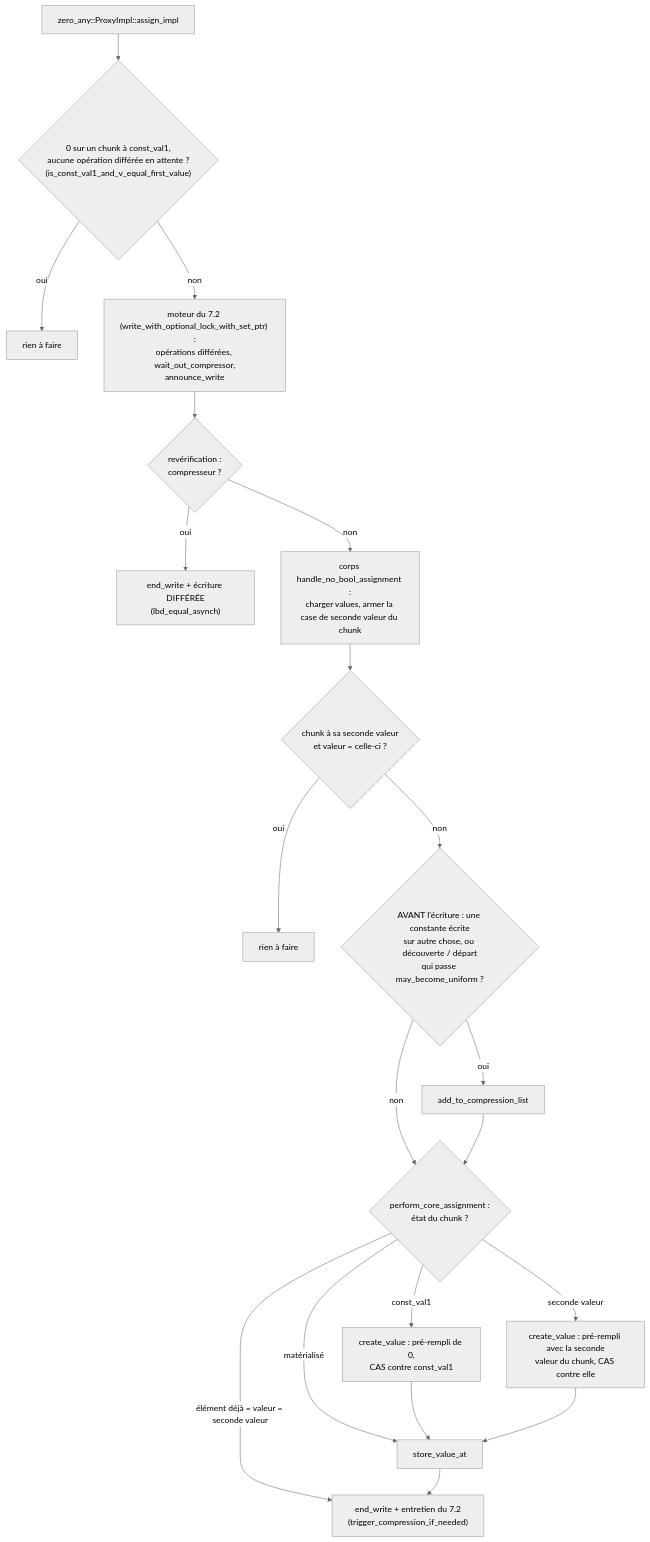
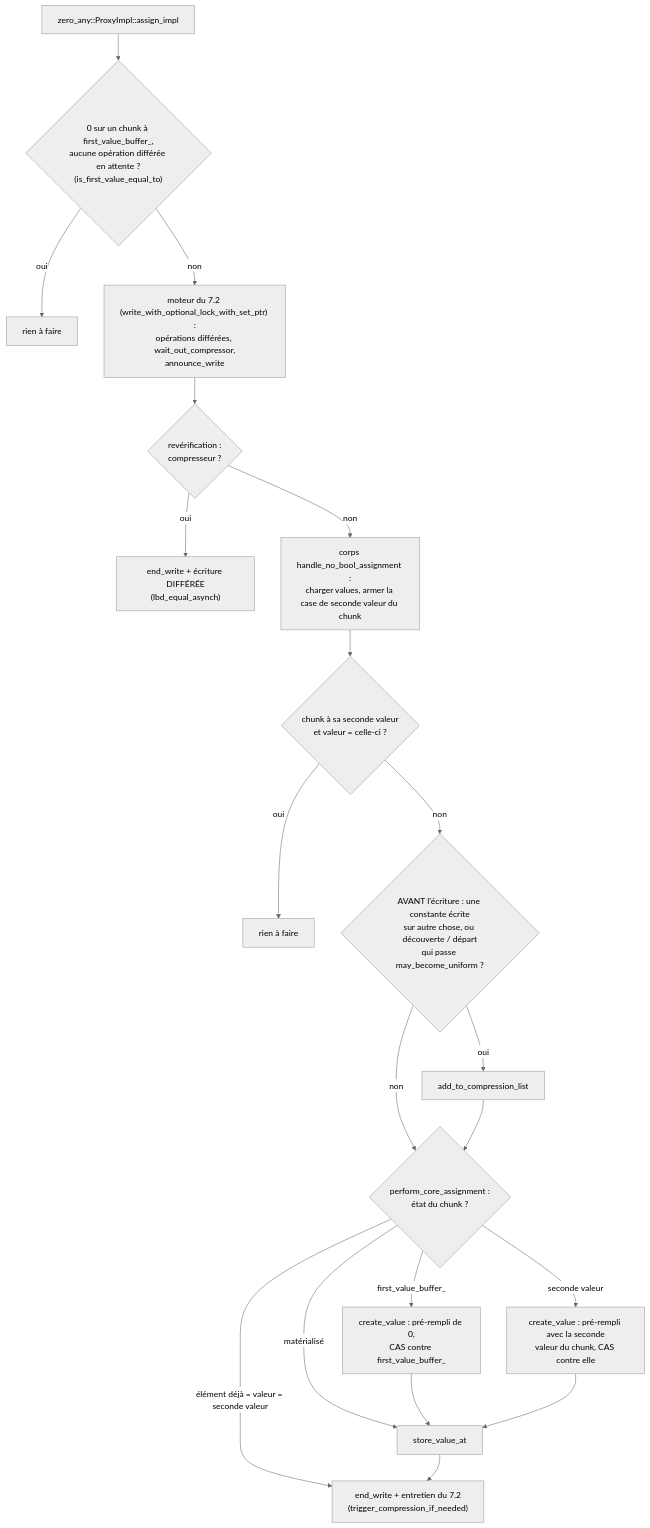
The second of 2 diagrams in docs/algo_zero_any_fr.md (cea-hpc/shrink-array), drawn with Mermaid (neutral theme) before and after one commit. The commit also changed other lines of this file and 79 other files, not shown here.

````diff
--- a/docs/algo_zero_any_fr.md
+++ b/docs/algo_zero_any_fr.md
@@ -187,22 +187,22 @@
 ```mermaid
 flowchart TD
-    A["zero_any::ProxyImpl::assign_impl"] --> B{"0 sur un chunk à const_val1,<br/>aucune opération différée en attente ?<br/>(is_const_val1_and_v_equal_first_value)"}
+    A["zero_any::ProxyImpl::assign_impl"] --> B{"0 sur un chunk à first_value_buffer_,<br/>aucune opération différée en attente ?<br/>(is_first_value_equal_to)"}
     B -->|oui| B1["rien à faire"]
     B -->|non| C["moteur du 7.2 (write_with_optional_lock_with_set_ptr) :<br/>opérations différées, wait_out_compressor,<br/>announce_write"]
     C --> D{"revérification :<br/>compresseur ?"}
     D -->|oui| D1["end_write + écriture DIFFÉRÉE<br/>(lbd_equal_asynch)"]
     D -->|non| E["corps handle_no_bool_assignment :<br/>charger values, armer la case de seconde valeur du chunk"]
     E --> F{"chunk à sa seconde valeur<br/>et valeur = celle-ci ?"}
     F -->|oui| F1["rien à faire"]
     F -->|non| G{"AVANT l'écriture : une constante écrite<br/>sur autre chose, ou découverte / départ<br/>qui passe may_become_uniform ?"}
     G -->|oui| G1["add_to_compression_list"]
     G -->|non| H
     G1 --> H{"perform_core_assignment :<br/>état du chunk ?"}
     H -->|"élément déjà = valeur = seconde valeur"| K
-    H -->|"const_val1"| H1["create_value : pré-rempli de 0,<br/>CAS contre const_val1"]
+    H -->|"first_value_buffer_"| H1["create_value : pré-rempli de 0,<br/>CAS contre first_value_buffer_"]
     H -->|"seconde valeur"| H2["create_value : pré-rempli avec la seconde<br/>valeur du chunk, CAS contre elle"]
     H -->|"matérialisé"| I
     H1 --> I["store_value_at"]
     H2 --> I
     I --> K["end_write + entretien du 7.2<br/>(trigger_compression_if_needed)"]
 ```
````
